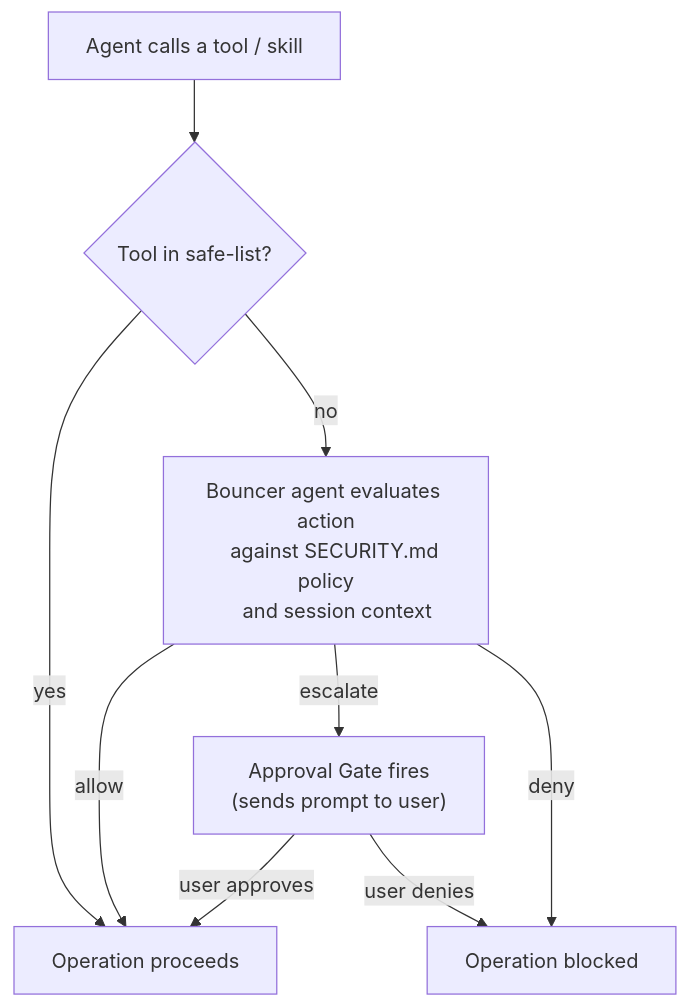
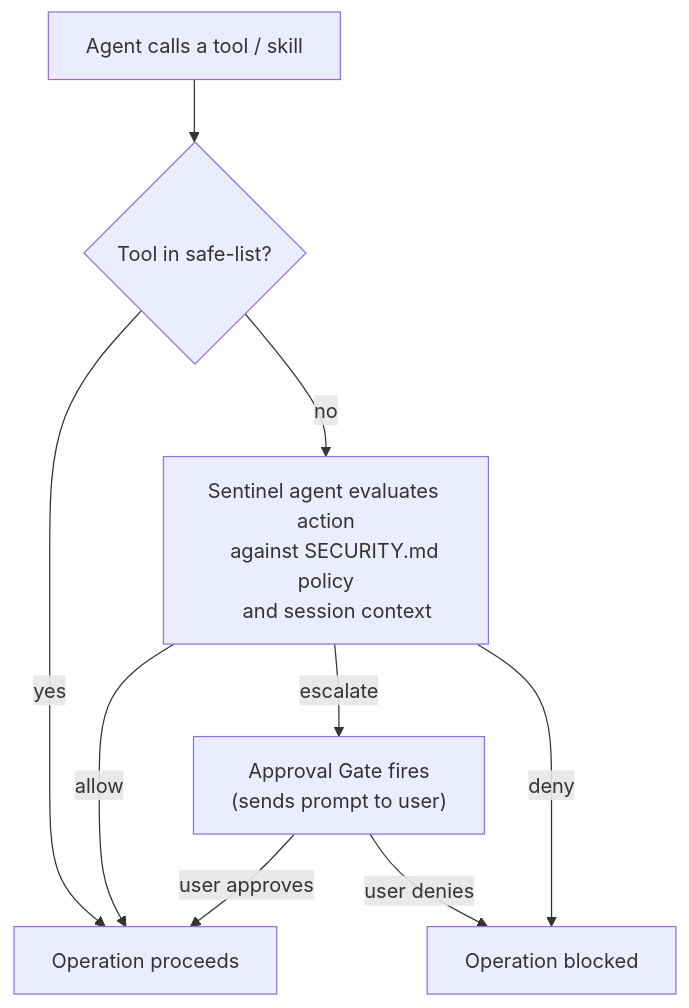
Before and after one commit to thiesgerken/carapace: the diagram in docs/security.md, drawn with Mermaid. The commit also changed other lines of this file and 21 other files, not shown here.

Commit message:
✨ Rename Bouncer to Sentinel

````diff
--- a/docs/security.md
+++ b/docs/security.md
@@ -17,21 +17,21 @@
 ```mermaid
 flowchart TD
     ToolCall[Agent calls a tool / skill]
     SafeList{Tool in safe-list?}
-    Bouncer["Bouncer agent evaluates action
+    Sentinel["Sentinel agent evaluates action
     against SECURITY.md policy
     and session context"]
     Proceed[Operation proceeds]
     Gate["Approval Gate fires
     (sends prompt to user)"]
     Blocked[Operation blocked]
 
     ToolCall --> SafeList
     SafeList -->|yes| Proceed
-    SafeList -->|no| Bouncer
-    Bouncer -->|allow| Proceed
-    Bouncer -->|escalate| Gate
-    Bouncer -->|deny| Blocked
+    SafeList -->|no| Sentinel
+    Sentinel -->|allow| Proceed
+    Sentinel -->|escalate| Gate
+    Sentinel -->|deny| Blocked
     Gate -->|user approves| Proceed
     Gate -->|user denies| Blocked
 ```
````
